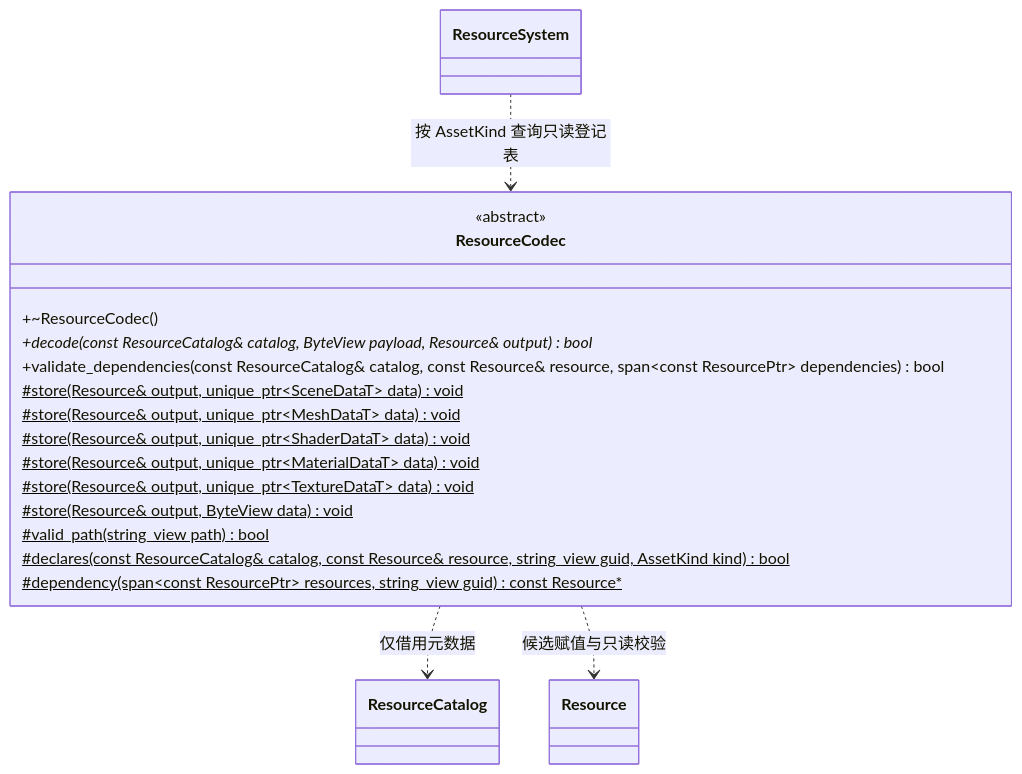
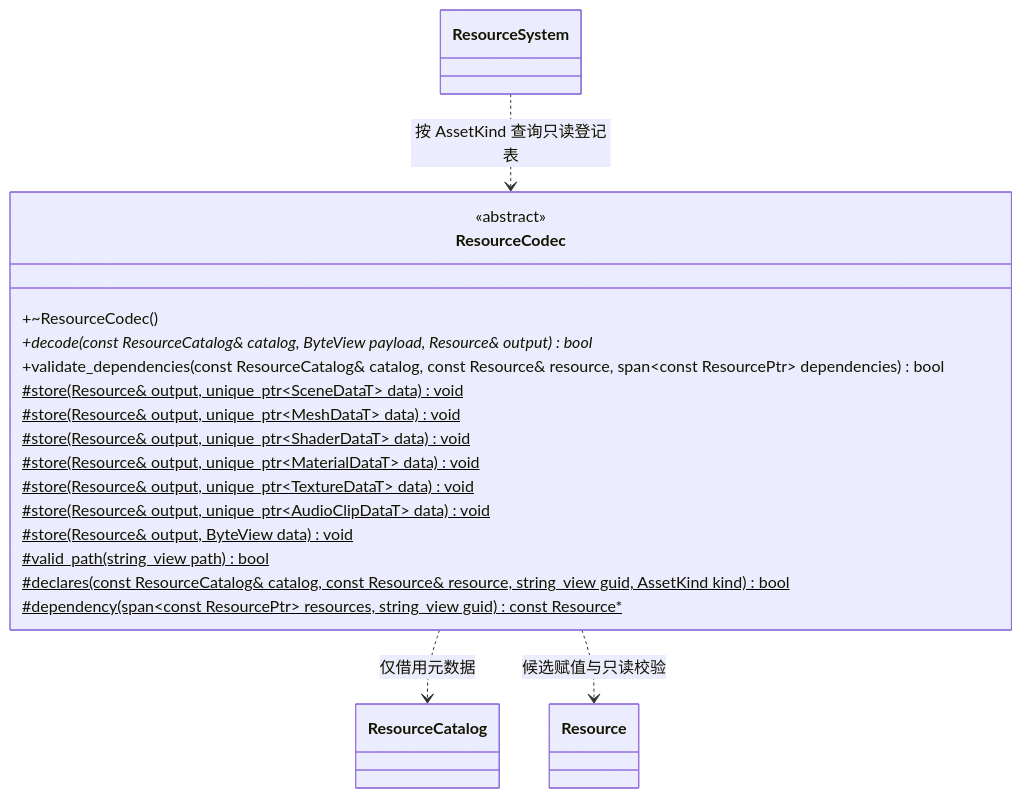
The first of 3 diagrams in docs/runtime/class-diagrams/resource-codecs.md (lcals/Engine), drawn with Mermaid before and after one commit. The commit also changed other lines of this file and 114 other files, not shown here.

````diff
--- a/docs/runtime/class-diagrams/resource-codecs.md
+++ b/docs/runtime/class-diagrams/resource-codecs.md
@@ -9,24 +9,25 @@
 ```mermaid
 classDiagram
     class ResourceCodec {
         <<abstract>>
         +~ResourceCodec()
         +decode(const ResourceCatalog& catalog, ByteView payload, Resource& output) bool*
         +validate_dependencies(const ResourceCatalog& catalog, const Resource& resource, span~const ResourcePtr~ dependencies) bool
         #store(Resource& output, unique_ptr~SceneDataT~ data) void$
         #store(Resource& output, unique_ptr~MeshDataT~ data) void$
         #store(Resource& output, unique_ptr~ShaderDataT~ data) void$
         #store(Resource& output, unique_ptr~MaterialDataT~ data) void$
         #store(Resource& output, unique_ptr~TextureDataT~ data) void$
+        #store(Resource& output, unique_ptr~AudioClipDataT~ data) void$
         #store(Resource& output, ByteView data) void$
         #valid_path(string_view path) bool$
         #declares(const ResourceCatalog& catalog, const Resource& resource, string_view guid, AssetKind kind) bool$
         #dependency(span~const ResourcePtr~ resources, string_view guid) const Resource#42;$
     }
     class ResourceSystem
     class ResourceCatalog
     class Resource
     ResourceSystem ..> ResourceCodec : 按 AssetKind 查询只读登记表
     ResourceCodec ..> ResourceCatalog : 仅借用元数据
     ResourceCodec ..> Resource : 候选赋值与只读校验
 ```
````
